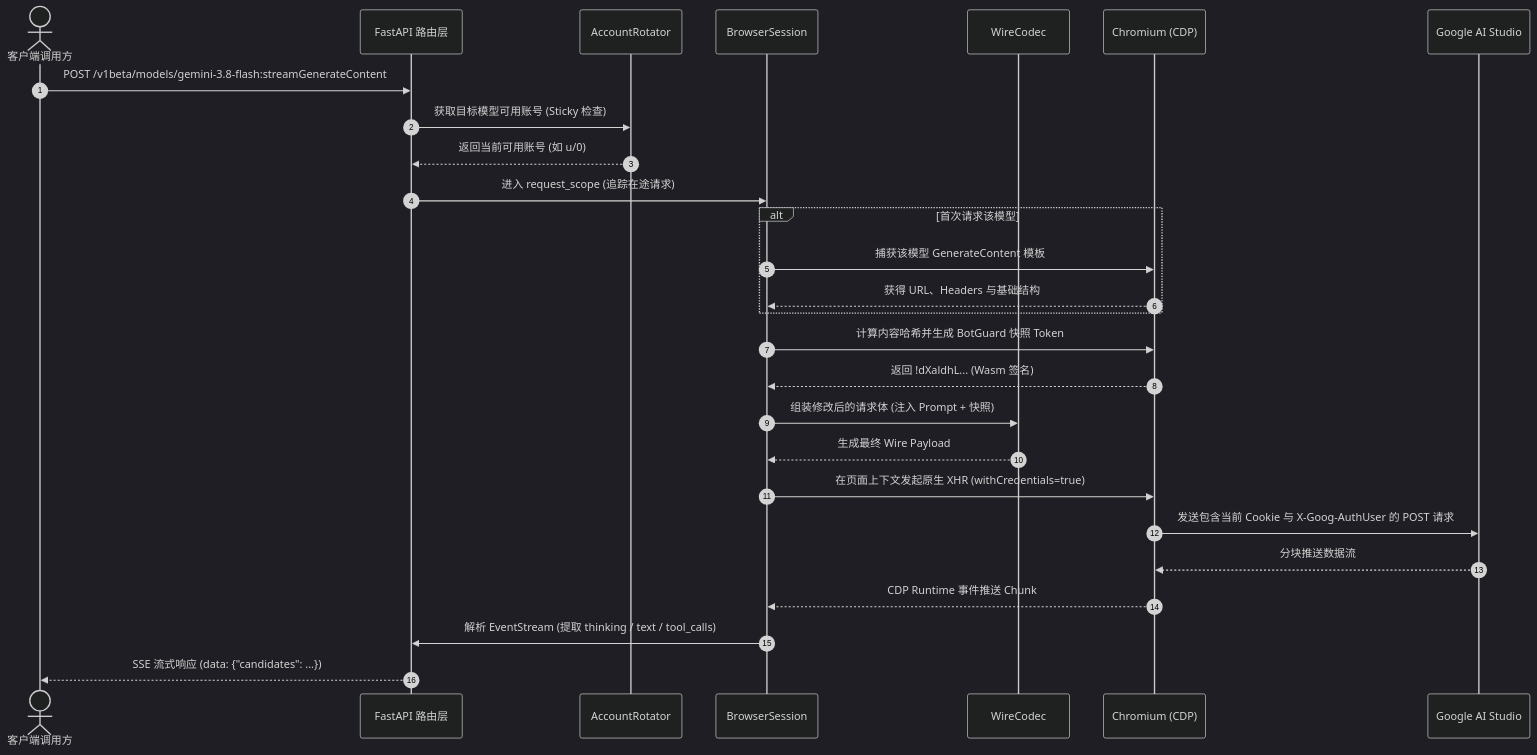
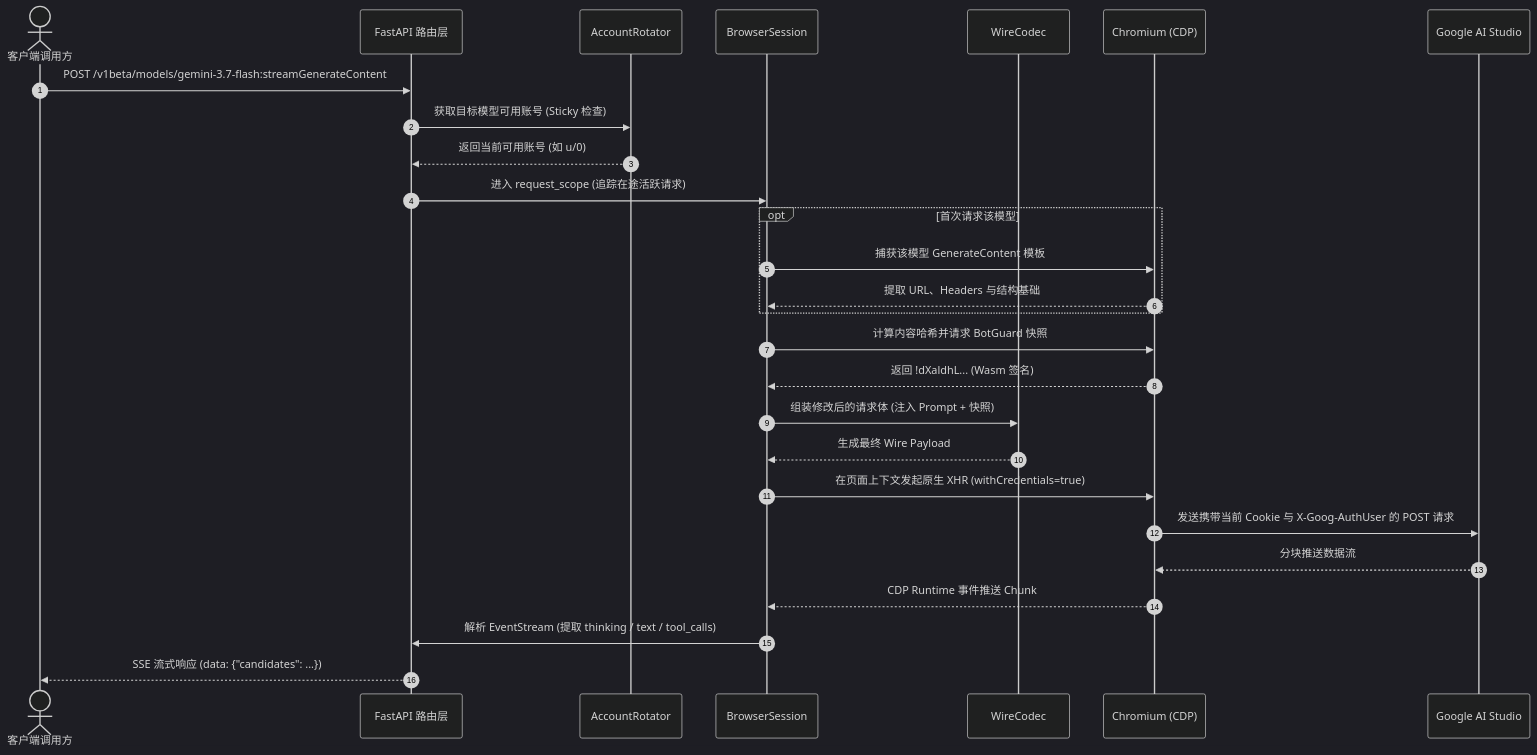
One commit to DeconstructedCube/aistudio-api changed the second of 2 diagrams in docs/ARCHITECTURE.md. Above: the diagram before and after it, drawn with Mermaid (dark theme). The commit also changed other lines of this file and 43 other files, not shown here.

````diff
--- a/docs/ARCHITECTURE.md
+++ b/docs/ARCHITECTURE.md
@@ -92,33 +112,33 @@
 ```mermaid
 sequenceDiagram
     autonumber
     actor Client as 客户端调用方
     participant API as FastAPI 路由层
     participant Rotator as AccountRotator
     participant Session as BrowserSession
     participant Codec as WireCodec
     participant Page as Chromium (CDP)
     participant Google as Google AI Studio
 
-    Client->>API: POST /v1beta/models/gemini-3.8-flash:streamGenerateContent
+    Client->>API: POST /v1beta/models/gemini-3.7-flash:streamGenerateContent
     API->>Rotator: 获取目标模型可用账号 (Sticky 检查)
     Rotator-->>API: 返回当前可用账号 (如 u/0)
-    API->>Session: 进入 request_scope (追踪在途请求)
+    API->>Session: 进入 request_scope (追踪在途活跃请求)
 
-    alt 首次请求该模型
+    opt 首次请求该模型
         Session->>Page: 捕获该模型 GenerateContent 模板
-        Page-->>Session: 获得 URL、Headers 与基础结构
+        Page-->>Session: 提取 URL、Headers 与结构基础
     end
 
-    Session->>Page: 计算内容哈希并生成 BotGuard 快照 Token
+    Session->>Page: 计算内容哈希并请求 BotGuard 快照
     Page-->>Session: 返回 !dXaldhL... (Wasm 签名)
     Session->>Codec: 组装修改后的请求体 (注入 Prompt + 快照)
     Codec-->>Session: 生成最终 Wire Payload
 
     Session->>Page: 在页面上下文发起原生 XHR (withCredentials=true)
-    Page->>Google: 发送包含当前 Cookie 与 X-Goog-AuthUser 的 POST 请求
+    Page->>Google: 发送携带当前 Cookie 与 X-Goog-AuthUser 的 POST 请求
     Google-->>Page: 分块推送数据流
     Page-->>Session: CDP Runtime 事件推送 Chunk
     Session->>API: 解析 EventStream (提取 thinking / text / tool_calls)
     API-->>Client: SSE 流式响应 (data: {"candidates": ...})
 ```
````
